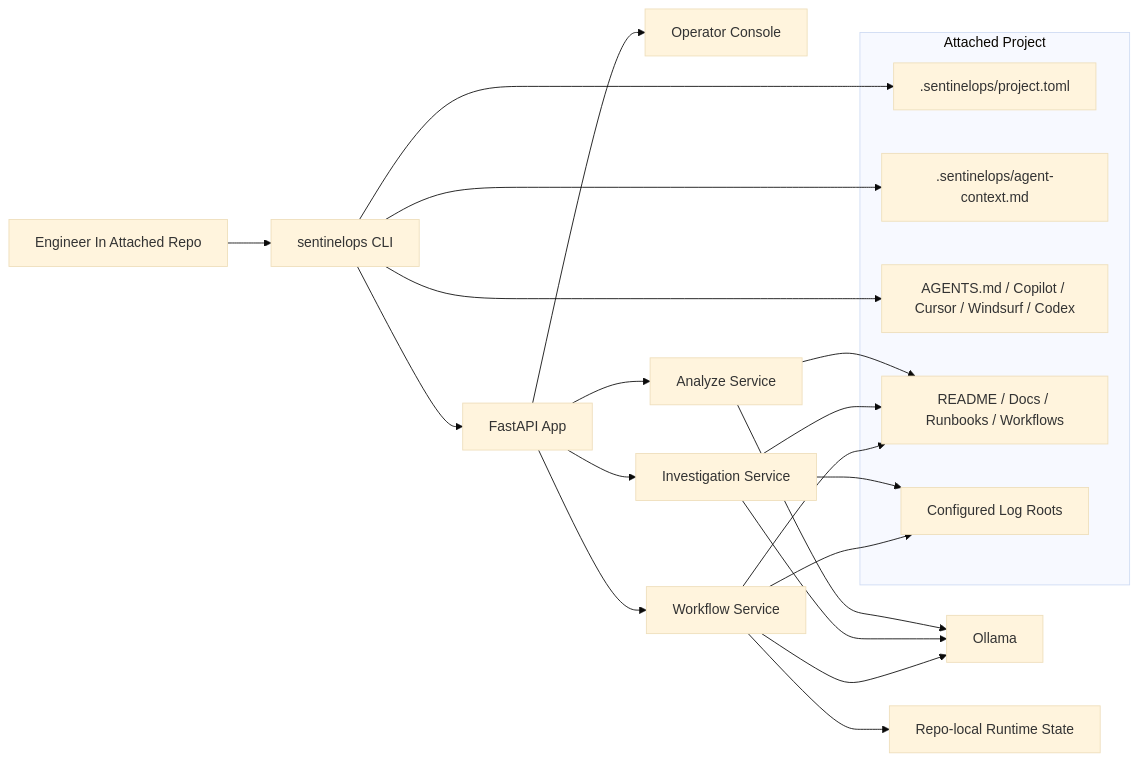
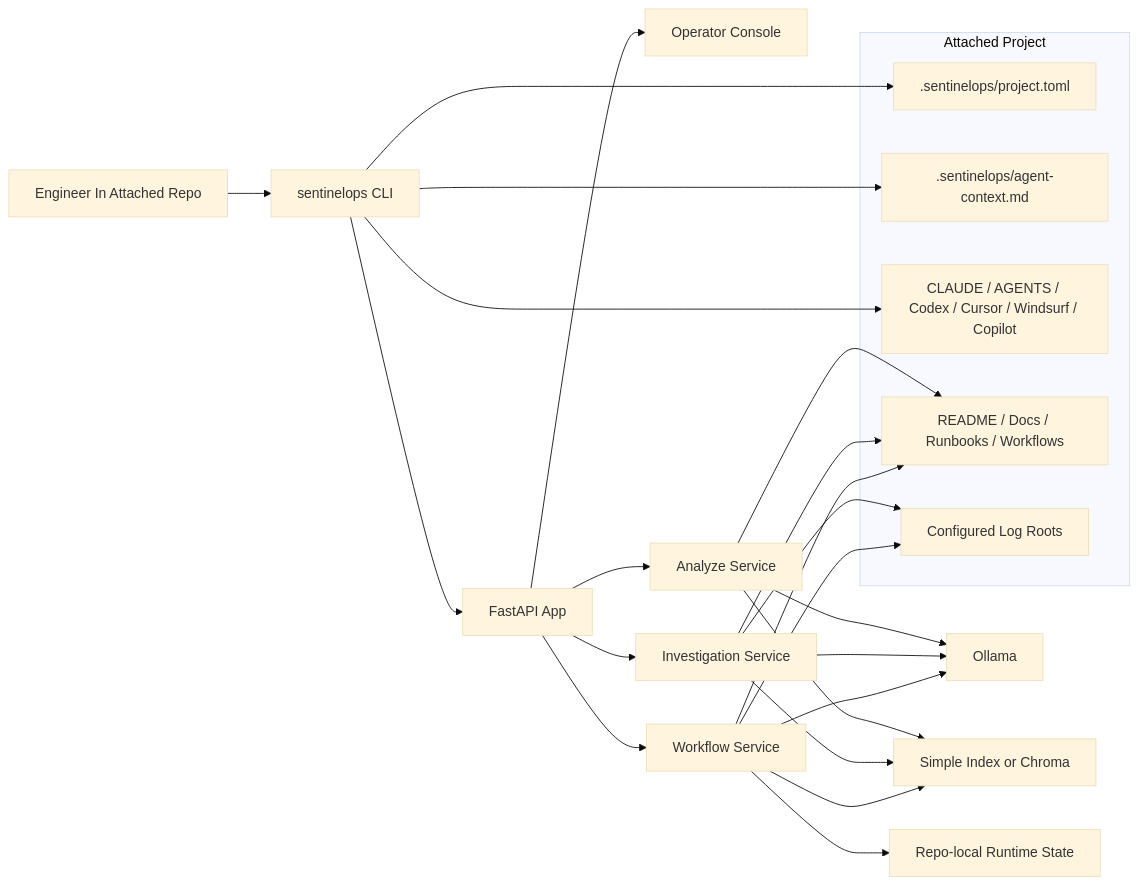
Before and after one commit to saikumar1767/Sentinel-Ops: the first of 9 diagrams in docs/architecture.md, drawn with Mermaid (base theme). The commit also changed other lines of this file and 39 other files, not shown here.

````diff
--- a/docs/architecture.md
+++ b/docs/architecture.md
@@ -25,28 +25,31 @@
 ```mermaid
 flowchart LR
     Engineer["Engineer In Attached Repo"] --> CLI["sentinelops CLI"]
     subgraph Repo["Attached Project"]
         Manifest[".sentinelops/project.toml"]
         AgentContext[".sentinelops/agent-context.md"]
-        Rules["AGENTS.md / Copilot / Cursor / Windsurf / Codex"]
+        Rules["CLAUDE / AGENTS / Codex / Cursor / Windsurf / Copilot"]
         Docs["README / Docs / Runbooks / Workflows"]
         Logs["Configured Log Roots"]
     end
     CLI --> Manifest
     CLI --> AgentContext
     CLI --> Rules
     CLI --> API["FastAPI App"]
     API --> Console["Operator Console"]
     API --> Analyze["Analyze Service"]
     API --> Investigate["Investigation Service"]
     API --> Workflow["Workflow Service"]
     Analyze --> Docs
     Investigate --> Docs
     Investigate --> Logs
     Workflow --> Docs
     Workflow --> Logs
     Analyze --> Ollama["Ollama"]
     Investigate --> Ollama
     Workflow --> Ollama
+    Analyze --> Retrieval["Simple Index or Chroma"]
+    Investigate --> Retrieval
+    Workflow --> Retrieval
     Workflow --> RuntimeState["Repo-local Runtime State"]
 ```
````
